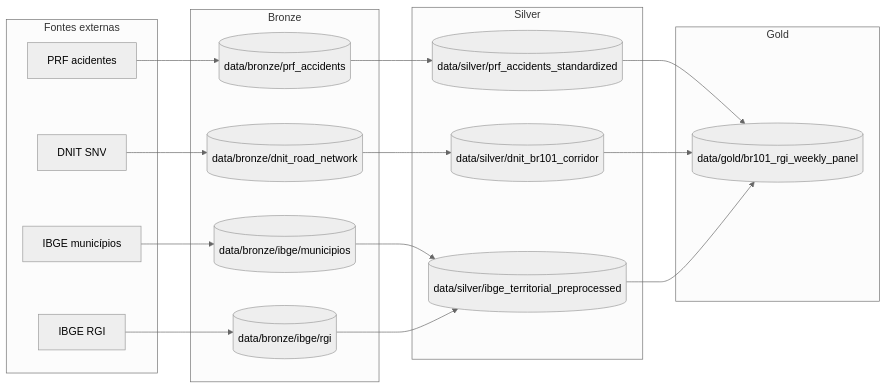
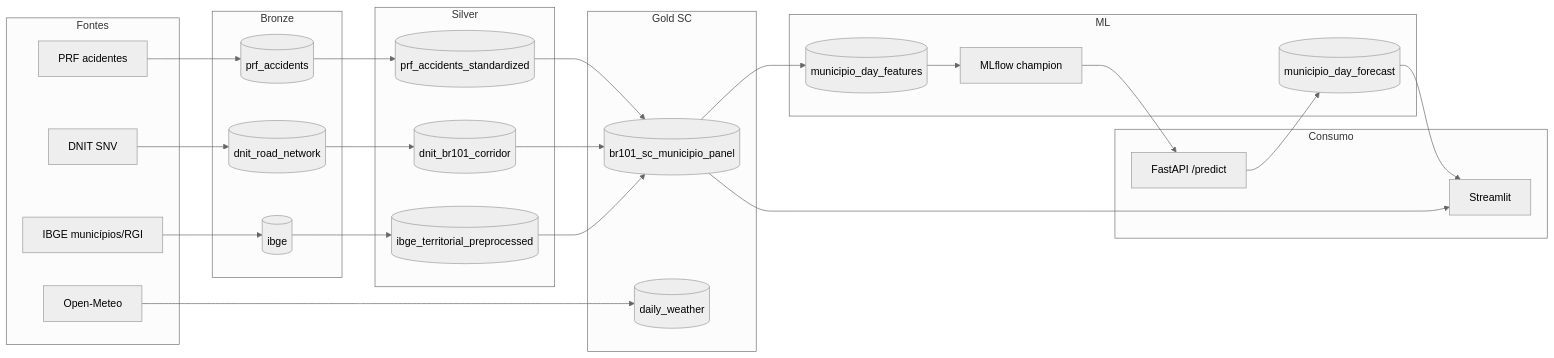
Before and after one commit to alwolmer/radar-prf-101: the diagram in README.md, drawn with Mermaid (neutral theme). The commit also changed other lines of this file and 1 other file, not shown here.

Commit message:
docs: update readme and architecture docs to align with implementation

````diff
--- a/README.md
+++ b/README.md
@@ -33,34 +23,45 @@
 ```mermaid
 flowchart LR
-    subgraph Sources[Fontes externas]
+    subgraph Sources[Fontes]
         PRF[PRF acidentes]
         DNIT[DNIT SNV]
-        IBGEM[IBGE municípios]
-        IBGER[IBGE RGI]
+        IBGE[IBGE municípios/RGI]
+        OM[Open-Meteo]
     end
 
     subgraph Bronze[Bronze]
-        PRFB[(data/bronze/prf_accidents)]
-        DNITB[(data/bronze/dnit_road_network)]
-        MUNB[(data/bronze/ibge/municipios)]
-        RGIB[(data/bronze/ibge/rgi)]
+        PRFB[(prf_accidents)]
+        DNITB[(dnit_road_network)]
+        IBGEB[(ibge)]
     end
 
     subgraph Silver[Silver]
-        PRFS[(data/silver/prf_accidents_standardized)]
-        DNITS[(data/silver/dnit_br101_corridor)]
-        IBGES[(data/silver/ibge_territorial_preprocessed)]
+        PRFS[(prf_accidents_standardized)]
+        DNITS[(dnit_br101_corridor)]
+        IBGES[(ibge_territorial_preprocessed)]
     end
 
-    subgraph Gold[Gold]
-        RGIW[(data/gold/br101_rgi_weekly_panel)]
+    subgraph Gold[Gold SC]
+        PANEL[(br101_sc_municipio_panel)]
+        WEATHER[(daily_weather)]
     end
 
-    PRF --> PRFB --> PRFS
-    DNIT --> DNITB --> DNITS
-    IBGEM --> MUNB --> IBGES
-    IBGER --> RGIB --> IBGES
-    PRFS --> RGIW
-    DNITS --> RGIW
-    IBGES --> RGIW
+    subgraph ML[ML]
+        FEAT[(municipio_day_features)]
+        MLFLOW[MLflow champion]
+        FCST[(municipio_day_forecast)]
+    end
+
+    subgraph Apps[Consumo]
+        API[FastAPI /predict]
+        VIZ[Streamlit]
+    end
+
+    PRF --> PRFB --> PRFS --> PANEL
+    DNIT --> DNITB --> DNITS --> PANEL
+    IBGE --> IBGEB --> IBGES --> PANEL
+    OM --> WEATHER
+    PANEL --> FEAT --> MLFLOW --> API
+    API --> FCST --> VIZ
+    PANEL --> VIZ
 ```
````
